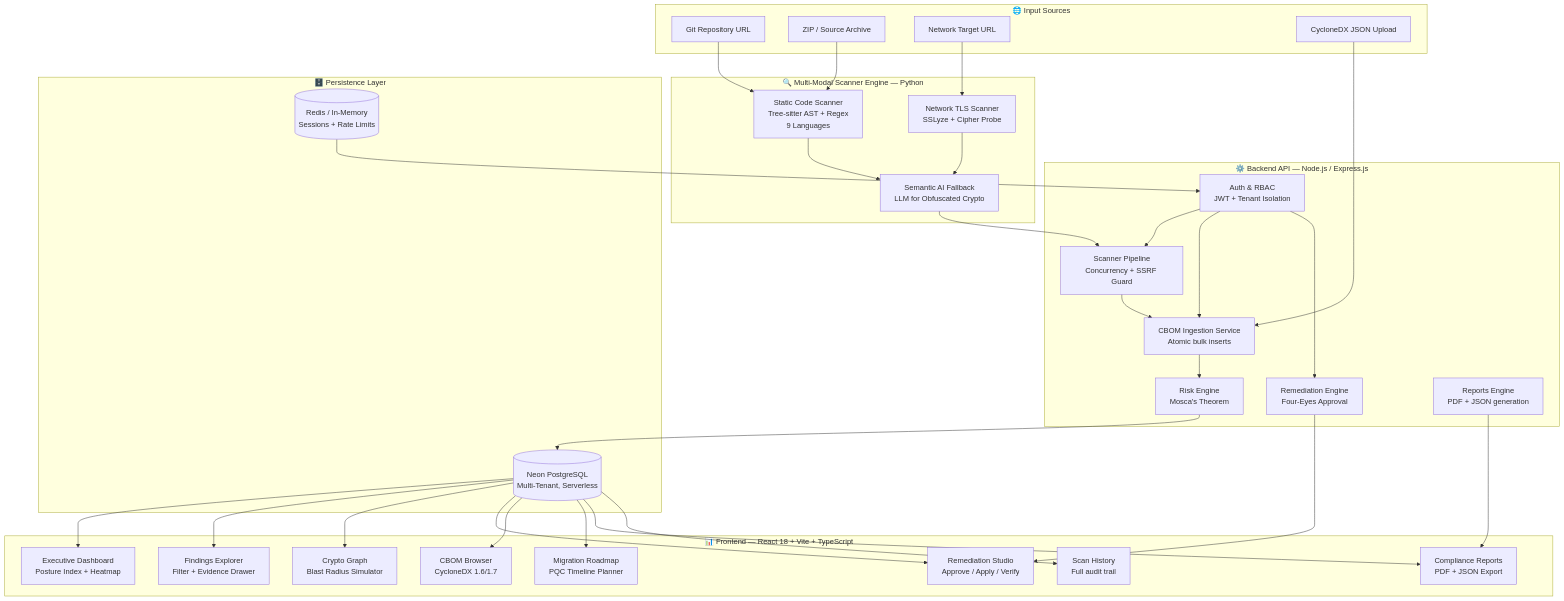
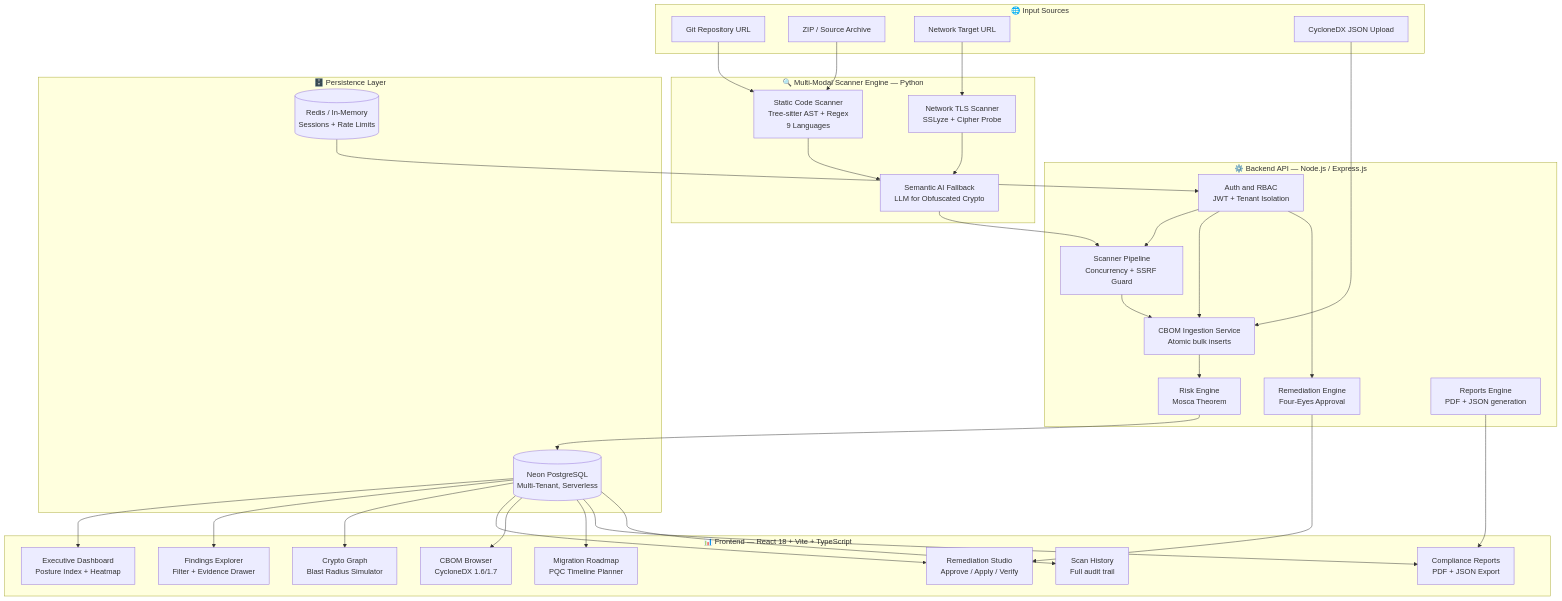
One commit to jeevanchandrashekhar31-a11y/ECDAT changed the first of 4 diagrams in README.md. Above: the diagram before and after it, drawn with Mermaid. The commit also changed other lines of this file, not shown here.

````diff
--- a/README.md
+++ b/README.md
@@ -89,51 +95,51 @@
 ```mermaid
 graph TB
     subgraph "🌐 Input Sources"
         A[Git Repository URL]
         B[ZIP / Source Archive]
         C[Network Target URL]
         D[CycloneDX JSON Upload]
     end
 
     subgraph "🔍 Multi-Modal Scanner Engine — Python"
         E[Static Code Scanner<br/>Tree-sitter AST + Regex<br/>9 Languages]
         F[Network TLS Scanner<br/>SSLyze + Cipher Probe]
         G[Semantic AI Fallback<br/>LLM for Obfuscated Crypto]
     end
 
     subgraph "⚙️ Backend API — Node.js / Express.js"
         H[Scanner Pipeline<br/>Concurrency + SSRF Guard]
         I[CBOM Ingestion Service<br/>Atomic bulk inserts]
-        J[Risk Engine<br/>Mosca's Theorem]
+        J[Risk Engine<br/>Mosca Theorem]
         K[Remediation Engine<br/>Four-Eyes Approval]
-        L[Auth & RBAC<br/>JWT + Tenant Isolation]
+        L[Auth and RBAC<br/>JWT + Tenant Isolation]
         M[Reports Engine<br/>PDF + JSON generation]
     end
 
     subgraph "🗄️ Persistence Layer"
         N[(Neon PostgreSQL<br/>Multi-Tenant, Serverless)]
         O[(Redis / In-Memory<br/>Sessions + Rate Limits)]
     end
 
     subgraph "📊 Frontend — React 18 + Vite + TypeScript"
         P[Executive Dashboard<br/>Posture Index + Heatmap]
         Q[Findings Explorer<br/>Filter + Evidence Drawer]
         R[Crypto Graph<br/>Blast Radius Simulator]
         S[Remediation Studio<br/>Approve / Apply / Verify]
         T[CBOM Browser<br/>CycloneDX 1.6/1.7]
         U[Migration Roadmap<br/>PQC Timeline Planner]
         V[Compliance Reports<br/>PDF + JSON Export]
         W[Scan History<br/>Full audit trail]
     end
 
     A & B --> E
     C --> F
     D --> I
     E & F --> G --> H
     H --> I --> J --> N
     N --> P & Q & R & S & T & U & V & W
     L --> H & I & K
     O --> L
     K --> S
     M --> V
 ```
````
